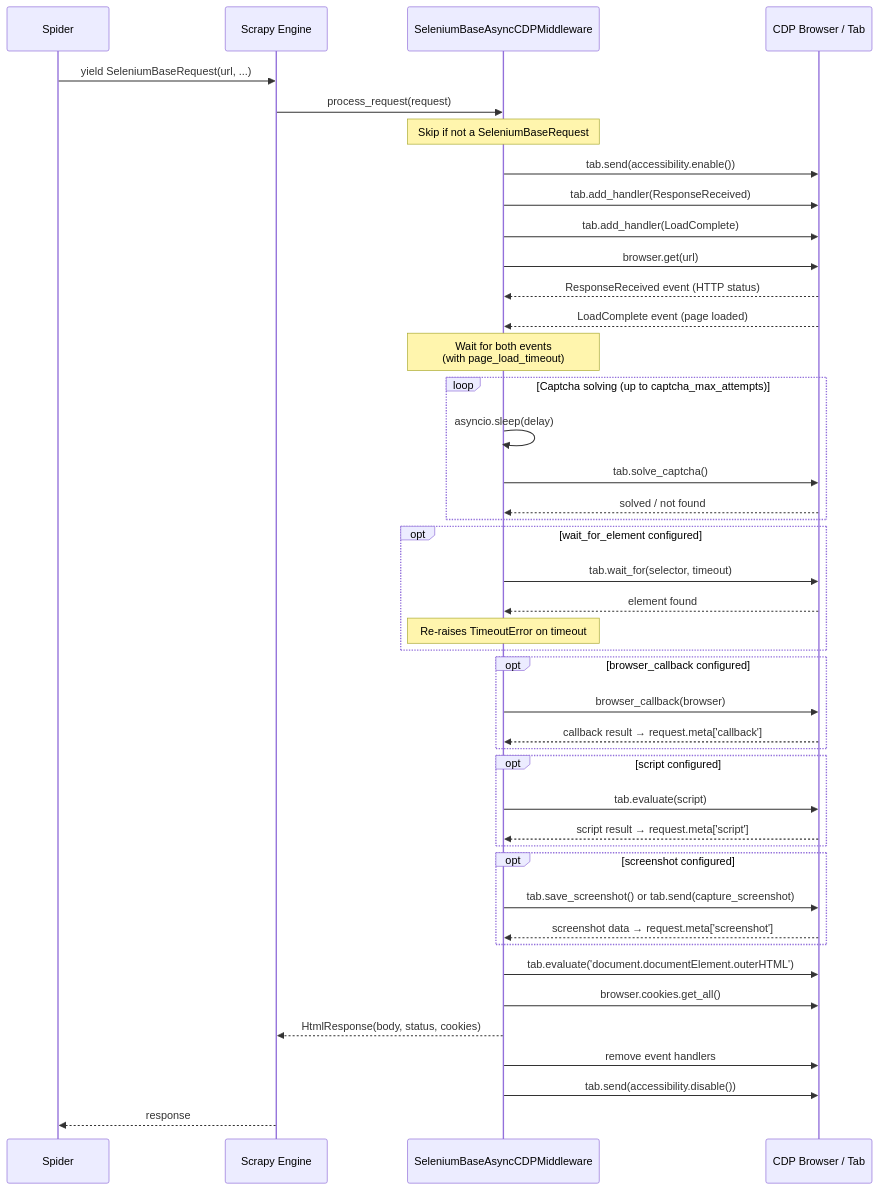
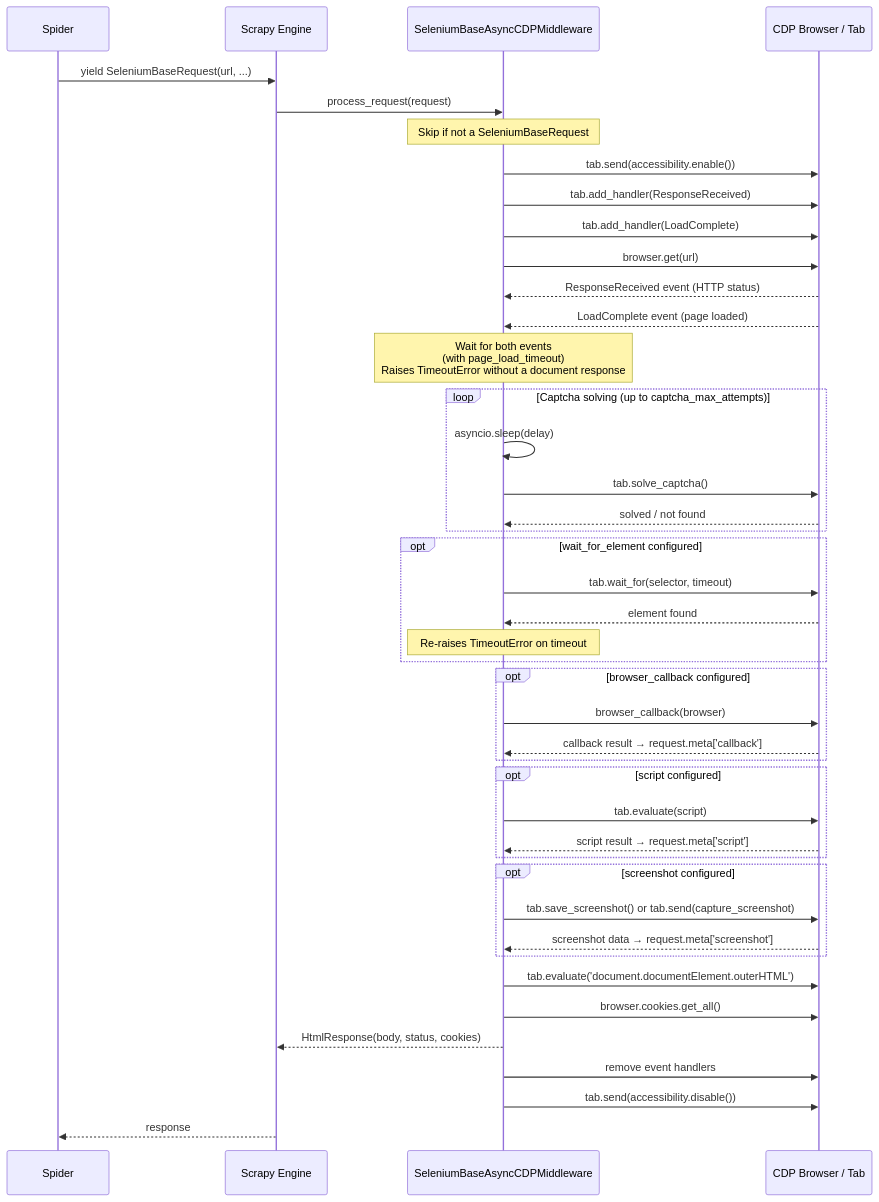
Before and after one commit to nyg/scrapy-seleniumbase-cdp: the diagram in docs/ARCHITECTURE.md, drawn with Mermaid. The commit also changed other lines of this file and 5 other files, not shown here.

Commit message:
fix: track the main frame's document response instead of matching URLs by substring (#84)

````diff
--- a/docs/ARCHITECTURE.md
+++ b/docs/ARCHITECTURE.md
@@ -12,58 +12,58 @@
 ```mermaid
 sequenceDiagram
     participant Spider
     participant Engine as Scrapy Engine
     participant MW as SeleniumBaseAsyncCDPMiddleware
     participant Browser as CDP Browser / Tab
 
     Spider->>Engine: yield SeleniumBaseRequest(url, ...)
     Engine->>MW: process_request(request)
 
     Note over MW: Skip if not a SeleniumBaseRequest
 
     MW->>Browser: tab.send(accessibility.enable())
     MW->>Browser: tab.add_handler(ResponseReceived)
     MW->>Browser: tab.add_handler(LoadComplete)
 
     MW->>Browser: browser.get(url)
     Browser-->>MW: ResponseReceived event (HTTP status)
     Browser-->>MW: LoadComplete event (page loaded)
 
-    Note over MW: Wait for both events<br/>(with page_load_timeout)
+    Note over MW: Wait for both events<br/>(with page_load_timeout)<br/>Raises TimeoutError without a document response
 
     loop Captcha solving (up to captcha_max_attempts)
         MW->>MW: asyncio.sleep(delay)
         MW->>Browser: tab.solve_captcha()
         Browser-->>MW: solved / not found
     end
 
     opt wait_for_element configured
         MW->>Browser: tab.wait_for(selector, timeout)
         Browser-->>MW: element found
         Note over MW: Re-raises TimeoutError on timeout
     end
 
     opt browser_callback configured
         MW->>Browser: browser_callback(browser)
         Browser-->>MW: callback result → request.meta['callback']
     end
 
     opt script configured
         MW->>Browser: tab.evaluate(script)
         Browser-->>MW: script result → request.meta['script']
     end
 
     opt screenshot configured
         MW->>Browser: tab.save_screenshot() or tab.send(capture_screenshot)
         Browser-->>MW: screenshot data → request.meta['screenshot']
     end
 
     MW->>Browser: tab.evaluate('document.documentElement.outerHTML')
     MW->>Browser: browser.cookies.get_all()
     MW-->>Engine: HtmlResponse(body, status, cookies)
 
     MW->>Browser: remove event handlers
     MW->>Browser: tab.send(accessibility.disable())
 
     Engine-->>Spider: response
 ```
````
